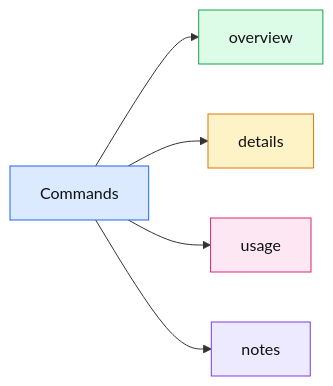
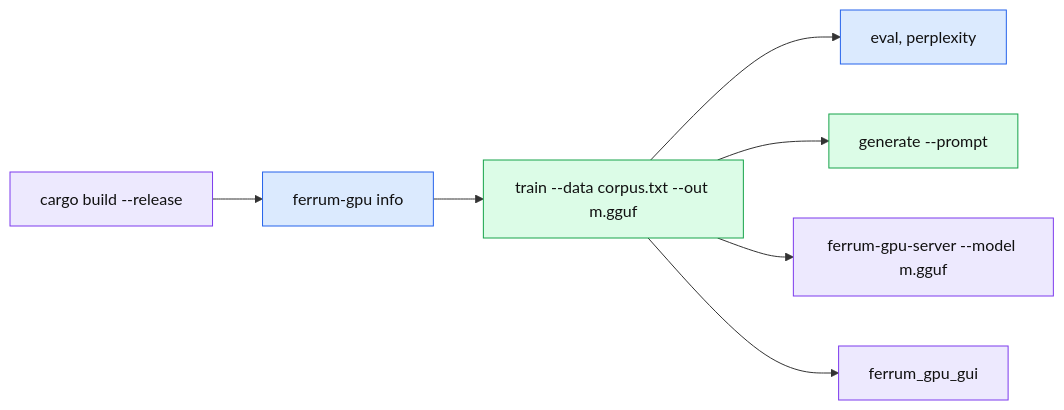
Before and after one commit to thomascherickal/ferrum-gpu: the seventh of 21 diagrams in readme.md, drawn with Mermaid. The commit also changed other lines of this file and 4 other files, not shown here.

First line of the commit message:
docs: hand-drawn data-flow diagrams for the readme, architecture and GUI pages

````diff
--- a/readme.md
+++ b/readme.md
@@ -187,13 +188,14 @@
 ```mermaid
 flowchart LR
-    a["Commands"]:::root
-    a --> n0["overview"]:::c0
-    a --> n1["details"]:::c1
-    a --> n2["usage"]:::c2
-    a --> n3["notes"]:::c3
-    classDef root fill:#dbeafe,stroke:#2563eb,color:#111
-    classDef c0 fill:#dcfce7,stroke:#16a34a,color:#111
-    classDef c1 fill:#fef3c7,stroke:#d97706,color:#111
-    classDef c2 fill:#fce7f3,stroke:#db2777,color:#111
-    classDef c3 fill:#ede9fe,stroke:#7c3aed,color:#111
+    b["cargo build --release"]:::host --> i["ferrum-gpu info"]:::core
+    i --> tr["train --data corpus.txt --out m.gguf"]:::gpu
+    tr --> ev["eval, perplexity"]:::core
+    tr --> ge["generate --prompt"]:::gpu
+    tr --> sv["ferrum-gpu-server --model m.gguf"]:::host
+    tr --> gu["ferrum_gpu_gui"]:::host
+    classDef core fill:#dbeafe,stroke:#2563eb,color:#111
+    classDef gpu fill:#dcfce7,stroke:#16a34a,color:#111
+    classDef cpu fill:#fef3c7,stroke:#d97706,color:#111
+    classDef io fill:#fce7f3,stroke:#db2777,color:#111
+    classDef host fill:#ede9fe,stroke:#7c3aed,color:#111
 ```
````
